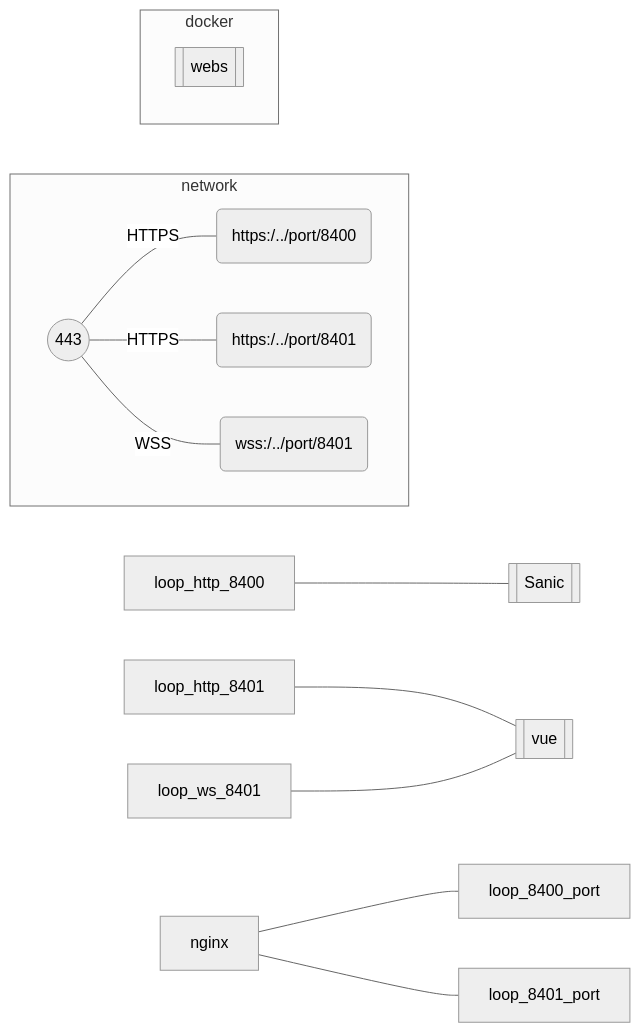
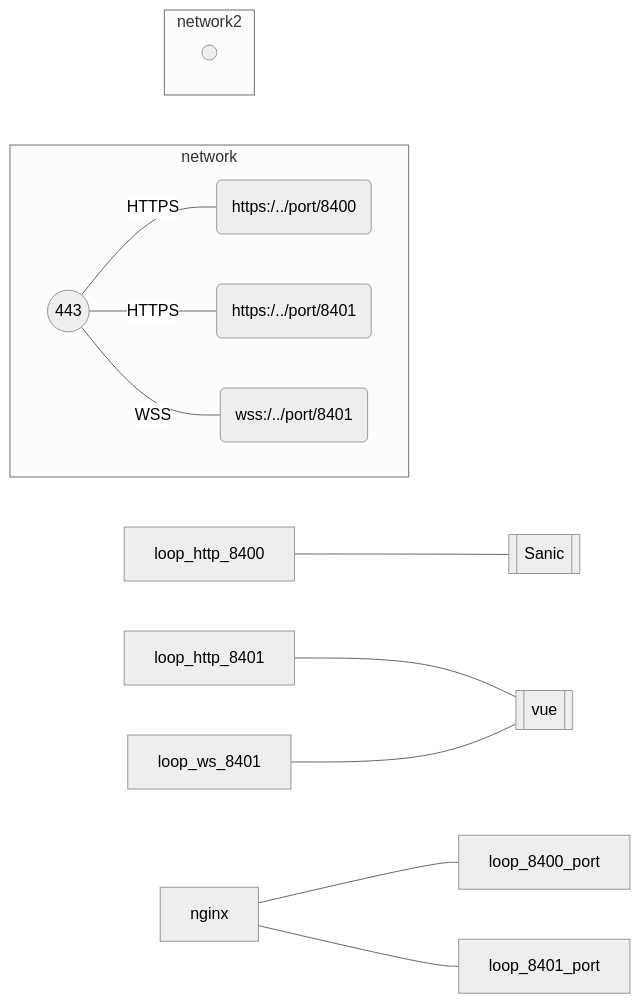
One commit to smucclaw/gsheet changed the third of 5 diagrams in natural4-server/natural4_server/nginx-proxy.md. Above: the diagram before and after it, drawn with Mermaid (neutral theme).

````diff
--- a/natural4-server/natural4_server/nginx-proxy.md
+++ b/natural4-server/natural4_server/nginx-proxy.md
@@ -64,21 +64,21 @@
 ```mermaid
 flowchart LR
     subgraph network
         direction LR
         network_tls((  ))-- HTTPS ---network_https_8400(https:/../port/8400)
         network_tls((  ))-- HTTPS ---network_https_8401(https:/../port/8401)
         network_tls(( 443 ))-- WSS ---network_wss_8401(wss:/../port/8401)
     end
 
-    subgraph docker
-        direction TD
-        webs[[ webs ]]
+    subgraph network2
+        direction LR
+        network_tls1((  ))
     end
 
     loop_http_8400---sanic[[ Sanic ]]
     loop_http_8401---vue[[ vue ]]
     loop_ws_8401---vue
     nginx---loop_8400_port
     nginx---loop_8401_port
  
 ```
````
